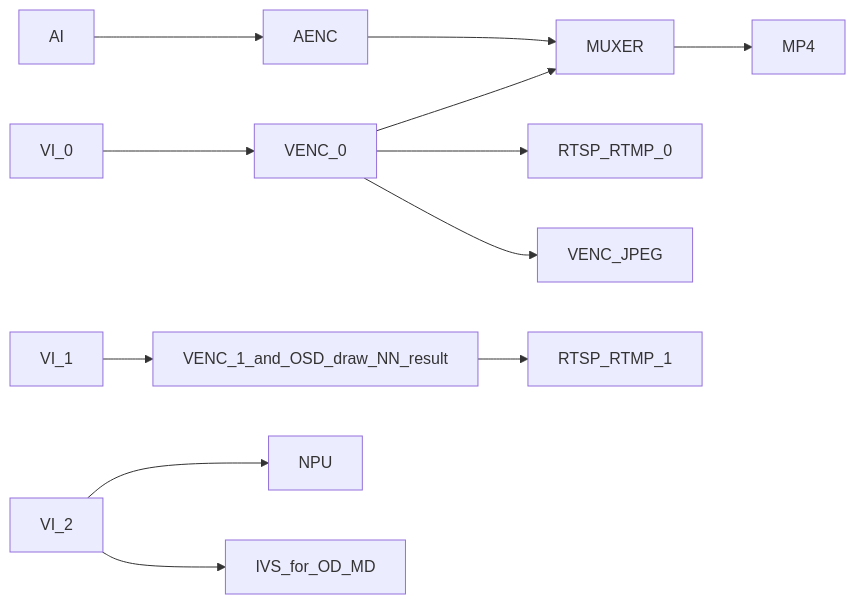
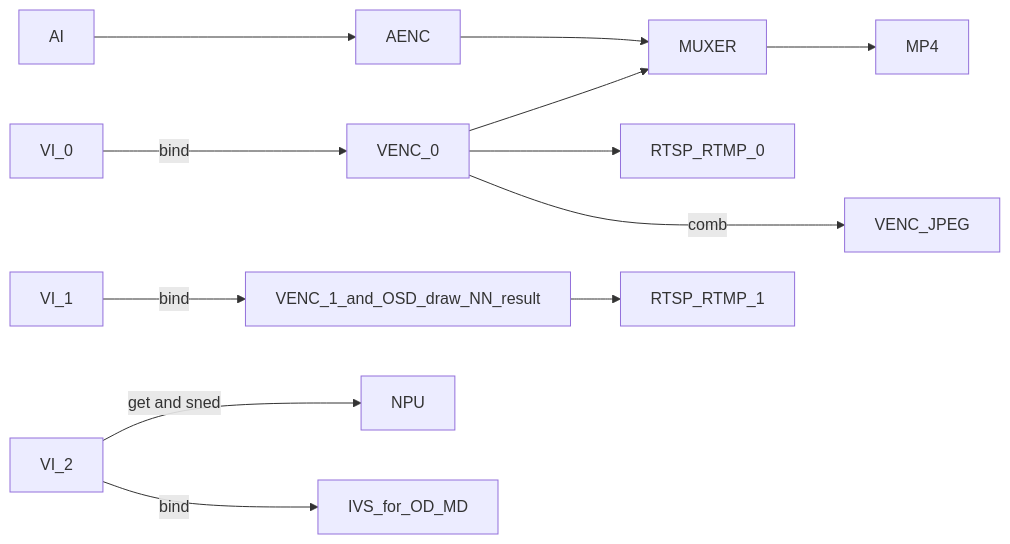
One commit to khadas/app_rkipc changed the first of 9 diagrams in docs/Rockchip_Developer_Guide_Linux_RKIPC_CN.md. Above: the diagram before and after it, drawn with Mermaid. The commit also changed other lines of this file and 2 other files, not shown here.

Commit message:
rv1103_ipc & rv1106_ipc: bind vi-2 and ivs

````diff
--- a/docs/Rockchip_Developer_Guide_Linux_RKIPC_CN.md
+++ b/docs/Rockchip_Developer_Guide_Linux_RKIPC_CN.md
@@ -113,10 +113,10 @@
 ```mermaid
 graph LR
 	AI-->AENC-->MUXER-->MP4
-	VI_0-->VENC_0-->MUXER
+	VI_0--bind-->VENC_0-->MUXER
 	VENC_0-->RTSP_RTMP_0
-	VENC_0-->VENC_JPEG
-	VI_1-->VENC_1_and_OSD_draw_NN_result-->RTSP_RTMP_1
-	VI_2-->NPU
-	VI_2-->IVS_for_OD_MD
+	VENC_0--combo-->VENC_JPEG
+	VI_1--bind-->VENC_1_and_OSD_draw_NN_result-->RTSP_RTMP_1
+	VI_2--get and sned-->NPU
+	VI_2--bind-->IVS_for_OD_MD
 ```
````
